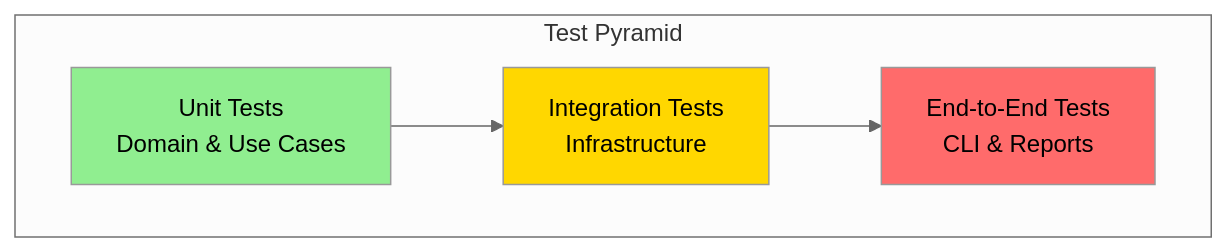
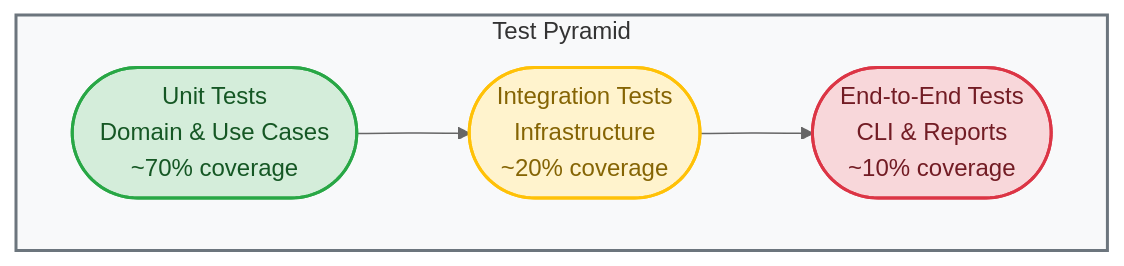
Before and after one commit to opreto/jira-monte-carlo: the seventh of 7 diagrams in ARCHITECTURE.md, drawn with Mermaid (neutral theme). The commit also changed other lines of this file and 1 other file, not shown here.

First line of the commit message:
Style all mermaid diagrams with professional formatting

````diff
--- a/ARCHITECTURE.md
+++ b/ARCHITECTURE.md
@@ -365,15 +433,20 @@
 ```mermaid
-graph TB
-    subgraph "Test Pyramid"
-        UT[Unit Tests<br/>Domain & Use Cases]
-        IT[Integration Tests<br/>Infrastructure]
-        E2E[End-to-End Tests<br/>CLI & Reports]
+%%{init: { 'flowchart': { 'curve': 'basis', 'htmlLabels': false }}}%%
+flowchart TB
+    subgraph TestPyramid["Test Pyramid"]
+        UT(["Unit Tests<br/>Domain & Use Cases<br/>~70% coverage"])
+        IT(["Integration Tests<br/>Infrastructure<br/>~20% coverage"])
+        E2E(["End-to-End Tests<br/>CLI & Reports<br/>~10% coverage"])
     end
     
     UT --> IT
     IT --> E2E
     
-    style UT fill:#90EE90
-    style IT fill:#FFD700
-    style E2E fill:#FF6B6B
+    %% Style for test levels
+    style UT fill:#D4EDDA,stroke:#28A745,stroke-width:2px,color:#155724
+    style IT fill:#FFF3CD,stroke:#FFC107,stroke-width:2px,color:#856404
+    style E2E fill:#F8D7DA,stroke:#DC3545,stroke-width:2px,color:#721C24
+    
+    %% Style the container
+    style TestPyramid fill:#F8F9FA,stroke:#6C757D,stroke-width:2px,color:#111
 ```
````
